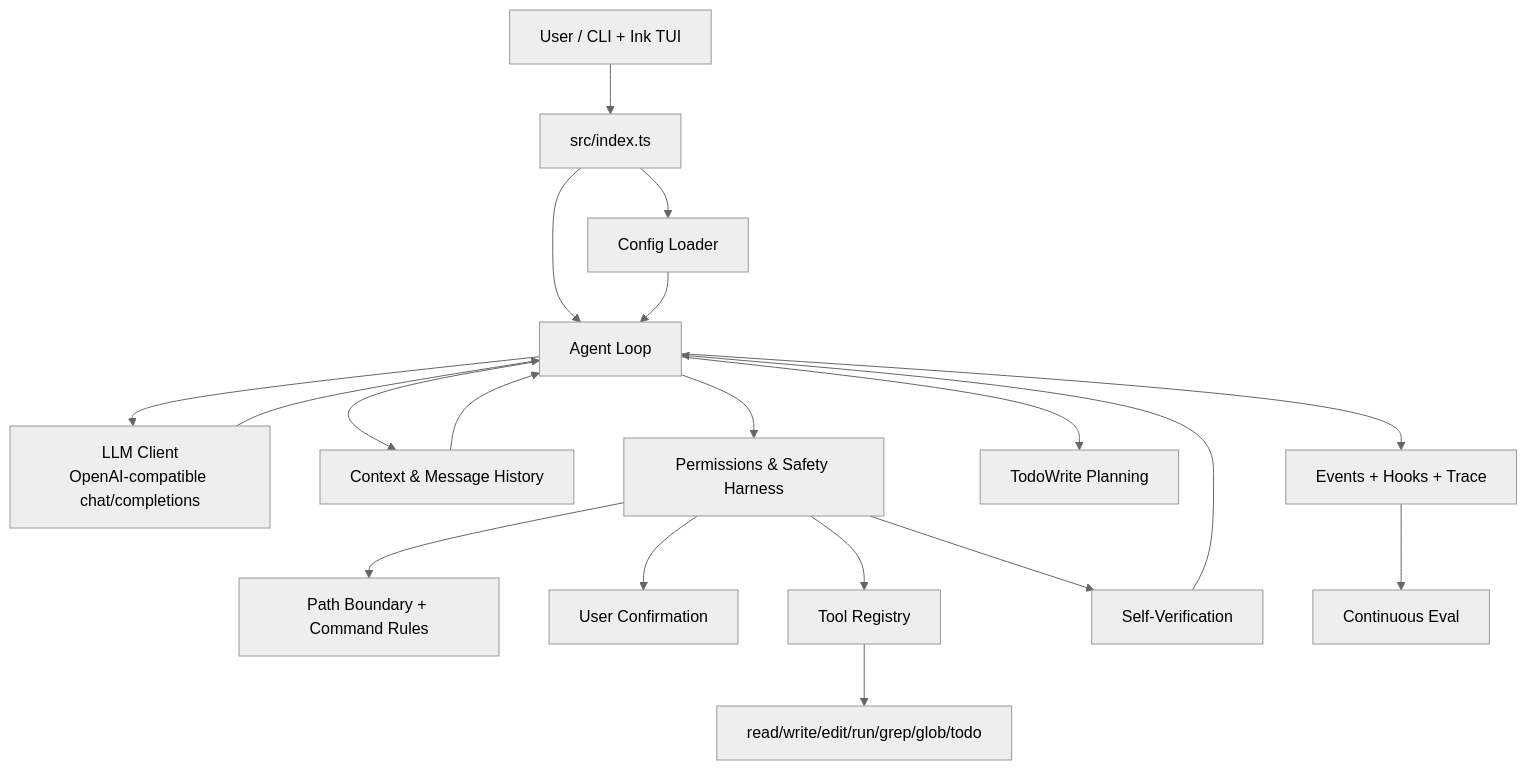
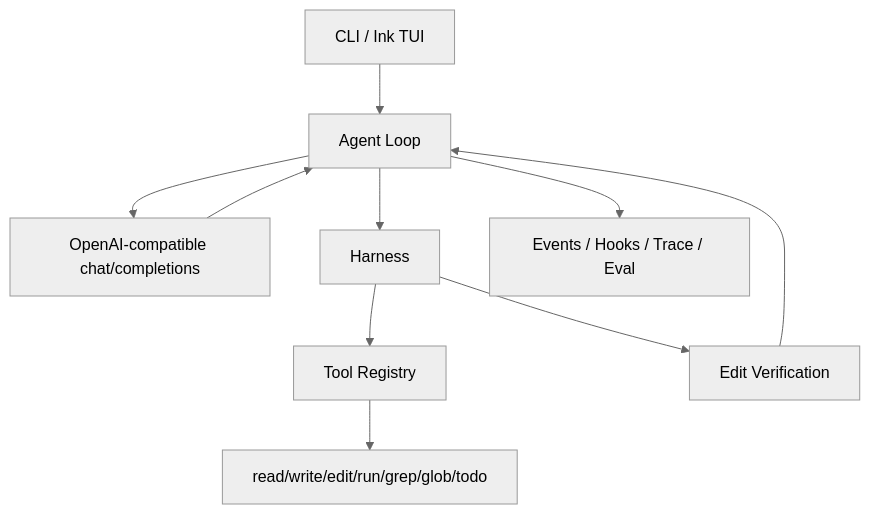
Before and after one commit to xdlrt/luka: the diagram in README.md, drawn with Mermaid (neutral theme). The commit also changed other lines of this file and 2 other files, not shown here.

````diff
--- a/README.md
+++ b/README.md
@@ -134,21 +98,12 @@
 ```mermaid
 flowchart TD
-    User[User / CLI + Ink TUI] --> CLI[src/index.ts]
-    CLI --> Config[Config Loader]
-    CLI --> Loop[Agent Loop]
-    Config --> Loop
-    Loop --> LLM[LLM Client\nOpenAI-compatible chat/completions]
+    User[CLI / Ink TUI] --> Loop[Agent Loop]
+    Loop --> LLM[OpenAI-compatible chat/completions]
     LLM --> Loop
-    Loop --> History[Context & Message History]
-    History --> Loop
-    Loop --> Harness[Permissions & Safety Harness]
-    Harness --> Rules[Path Boundary + Command Rules]
-    Harness --> Permission[User Confirmation]
+    Loop --> Harness[Harness]
     Harness --> Registry[Tool Registry]
     Registry --> Tools[read/write/edit/run/grep/glob/todo]
-    Harness --> Verification[Self-Verification]
+    Harness --> Verification[Edit Verification]
     Verification --> Loop
-    Loop --> Planning[TodoWrite Planning]
-    Loop --> Observability[Events + Hooks + Trace]
-    Observability --> Evals[Continuous Eval]
+    Loop --> Observability[Events / Hooks / Trace / Eval]
 ```
````
